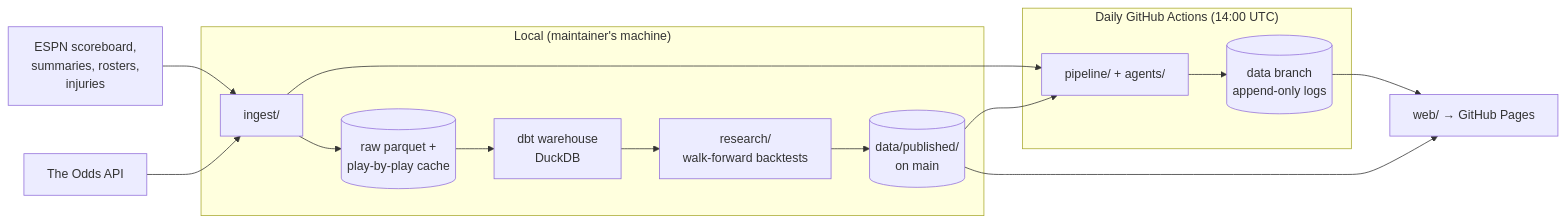
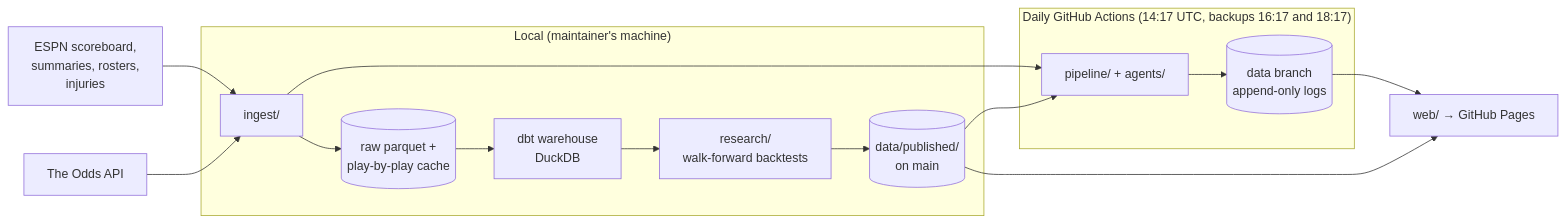
Before and after one commit to garettprestholdt/nba-forecast: the diagram in docs/architecture.md, drawn with Mermaid. The commit also changed 4 other files, not shown here.

First line of the commit message:
Daily job: backup runs at 16:17 and 18:17 UTC, all off the hour

````diff
--- a/docs/architecture.md
+++ b/docs/architecture.md
@@ -8,18 +8,18 @@
 ```mermaid
 flowchart LR
   ESPN[ESPN scoreboard,<br/>summaries, rosters,<br/>injuries] --> ingest
   Odds[The Odds API] --> ingest
   subgraph local["Local (maintainer's machine)"]
     ingest[ingest/] --> raw[(raw parquet +<br/>play-by-play cache)]
     raw --> dbt[dbt warehouse<br/>DuckDB]
     dbt --> research[research/<br/>walk-forward backtests]
     research --> published[(data/published/<br/>on main)]
   end
-  subgraph daily["Daily GitHub Actions (14:00 UTC)"]
+  subgraph daily["Daily GitHub Actions (14:17 UTC, backups 16:17 and 18:17)"]
     pipeline[pipeline/ + agents/] --> databranch[(data branch<br/>append-only logs)]
   end
   ingest --> pipeline
   published --> pipeline
   databranch --> web[web/ → GitHub Pages]
   published --> web
 ```
````
